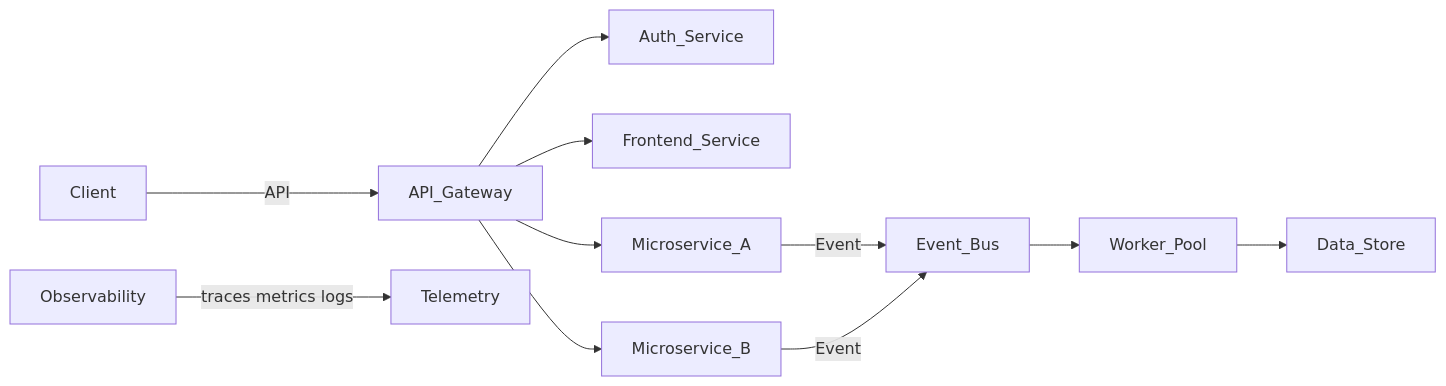
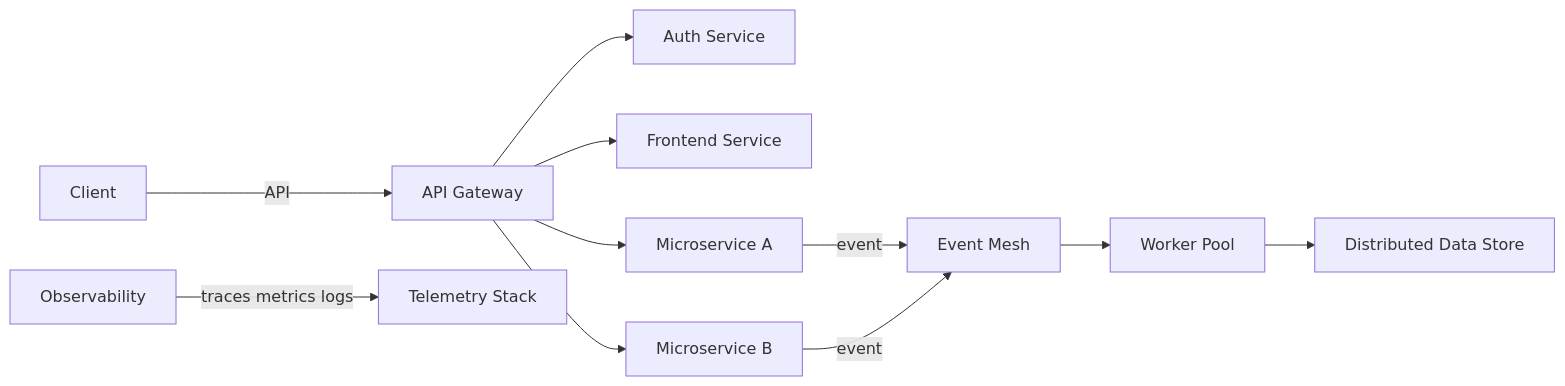
The diagram in profile/README.md (goVerta/.github), drawn with Mermaid before and after one commit. The commit also changed other lines of this file, not shown here.

`````diff
--- a/profile/README.md
+++ b/profile/README.md
@@ -44,13 +35,13 @@
 ```mermaid
 flowchart LR
-  Client -->|API| API_Gateway
-  API_Gateway --> Auth_Service
-  API_Gateway --> Frontend_Service
-  API_Gateway --> Microservice_A
-  API_Gateway --> Microservice_B
-  Microservice_A -->|Event| Event_Bus
-  Microservice_B -->|Event| Event_Bus
-  Event_Bus --> Worker_Pool
-  Worker_Pool --> Data_Store
-  Observability -->|traces metrics logs| Telemetry
-````
+  Client -->|API| API_Gateway[API Gateway]
+  API_Gateway --> Auth[Auth Service]
+  API_Gateway --> Frontend[Frontend Service]
+  API_Gateway --> MS_A[Microservice A]
+  API_Gateway --> MS_B[Microservice B]
+  MS_A -->|event| EventBus[Event Mesh]
+  MS_B -->|event| EventBus
+  EventBus --> WorkerPool[Worker Pool]
+  WorkerPool --> DataStore[Distributed Data Store]
+  Observability[Observability] -->|traces metrics logs| Telemetry[Telemetry Stack]
+```
`````
